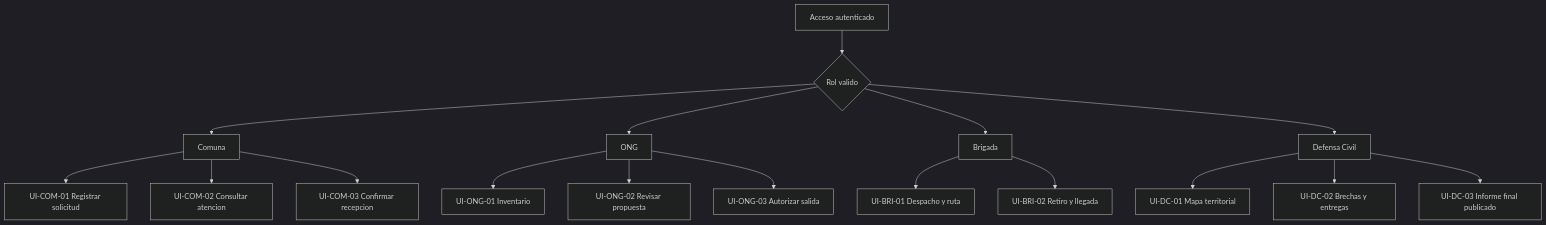
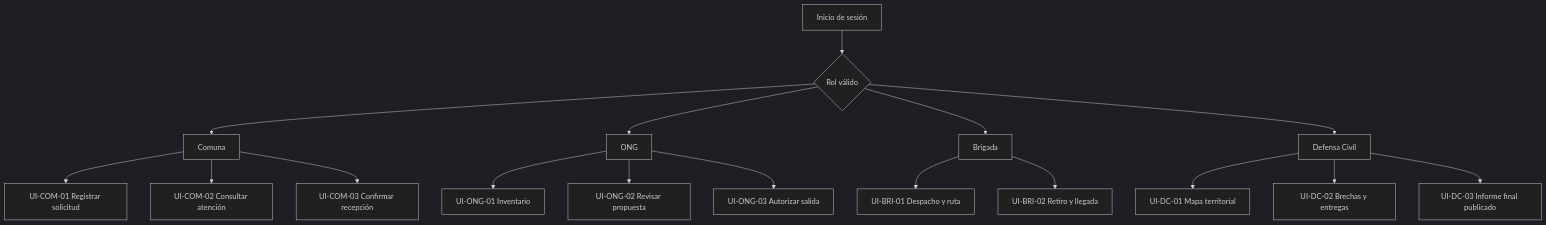
One commit to EderPanta18/alivia-humanitarian-system-design changed the diagram in docs/09-interfaz/01-navegacion-roles.md. Above: the diagram before and after it, drawn with Mermaid (dark theme). The commit also changed other lines of this file and 44 other files, not shown here.

````diff
--- a/docs/09-interfaz/01-navegacion-roles.md
+++ b/docs/09-interfaz/01-navegacion-roles.md
@@ -9,19 +13,23 @@
 ```mermaid
 flowchart TB
- Login[Acceso autenticado] --> Who{Rol valido}
- Who --> Com[Comuna]
- Who --> Ong[ONG]
- Who --> Br[Brigada]
- Who --> DC[Defensa Civil]
- Com --> CR[UI-COM-01 Registrar solicitud]
- Com --> CT[UI-COM-02 Consultar atencion]
- Com --> Rec[UI-COM-03 Confirmar recepcion]
- Ong --> Stock[UI-ONG-01 Inventario]
- Ong --> Prop[UI-ONG-02 Revisar propuesta]
- Ong --> Aut[UI-ONG-03 Autorizar salida]
- Br --> Disp[UI-BRI-01 Despacho y ruta]
- Br --> Arr[UI-BRI-02 Retiro y llegada]
- DC --> Risk[UI-DC-01 Mapa territorial]
- DC --> Gaps[UI-DC-02 Brechas y entregas]
- DC --> Final[UI-DC-03 Informe final publicado]
+    Login[Inicio de sesión] --> Who{Rol válido}
+    Who --> Com[Comuna]
+    Who --> Ong[ONG]
+    Who --> Br[Brigada]
+    Who --> DC[Defensa Civil]
+
+    Com --> CR[UI-COM-01 Registrar solicitud]
+    Com --> CT[UI-COM-02 Consultar atención]
+    Com --> Rec[UI-COM-03 Confirmar recepción]
+
+    Ong --> Stock[UI-ONG-01 Inventario]
+    Ong --> Prop[UI-ONG-02 Revisar propuesta]
+    Ong --> Aut[UI-ONG-03 Autorizar salida]
+
+    Br --> Disp[UI-BRI-01 Despacho y ruta]
+    Br --> Arr[UI-BRI-02 Retiro y llegada]
+
+    DC --> Risk[UI-DC-01 Mapa territorial]
+    DC --> Gaps[UI-DC-02 Brechas y entregas]
+    DC --> Final[UI-DC-03 Informe final publicado]
 ```
````
